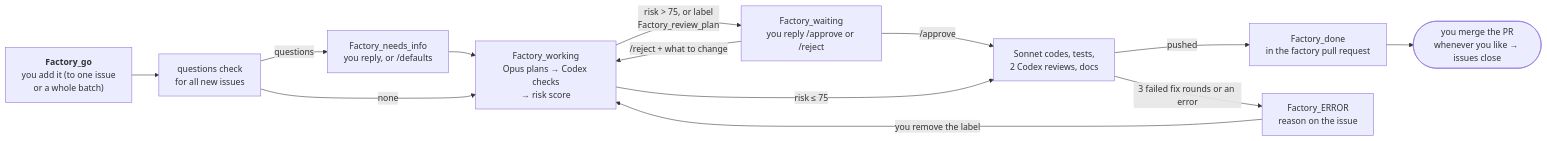
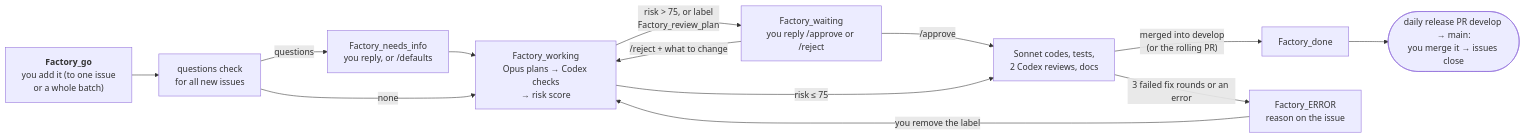
The first of 2 diagrams in docs/USER_GUIDE.md (MeloMar-IT/claude-factory), drawn with Mermaid before and after one commit. The commit also changed other lines of this file and 9 other files, not shown here.

Commit message:
Gitflow: feature branch per issue merged into develop by the factory (area locks for parallel runs, union changelog, agent-resolved conflicts, develop kept up to date with main), daily release PR develop → main, size limit with automatic splitting; fix stale failed label

````diff
--- a/docs/USER_GUIDE.md
+++ b/docs/USER_GUIDE.md
@@ -396,15 +398,15 @@
 ```mermaid
 flowchart LR
     G["<b>Factory_go</b><br/>you add it (to one issue<br/>or a whole batch)"] --> Q["questions check<br/>for all new issues"]
     Q -->|questions| NI["Factory_needs_info<br/>you reply, or /defaults"]
     NI --> W
     Q -->|none| W["Factory_working<br/>Opus plans → Codex checks<br/>→ risk score"]
     W -->|"risk > 75, or label<br/>Factory_review_plan"| A["Factory_waiting<br/>you reply /approve or /reject"]
     A -->|/approve| C
     A -->|/reject + what to change| W
     W -->|risk ≤ 75| C["Sonnet codes, tests,<br/>2 Codex reviews, docs"]
-    C -->|pushed| D["Factory_done<br/>in the factory pull request"]
+    C -->|"merged into develop<br/>(or the rolling PR)"| D["Factory_done"]
     C -->|3 failed fix rounds or an error| E["Factory_ERROR<br/>reason on the issue"]
     E -->|you remove the label| W
-    D --> M(["you merge the PR<br/>whenever you like → issues close"])
+    D --> M(["daily release PR develop → main:<br/>you merge it → issues close"])
 ```
````
